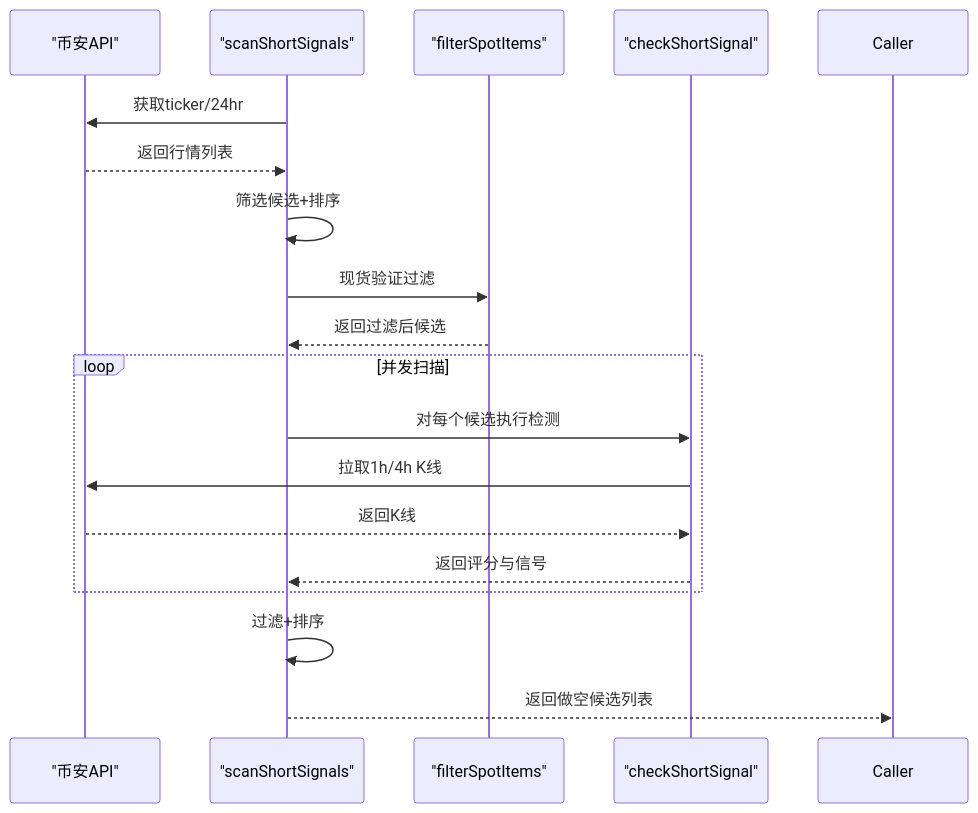
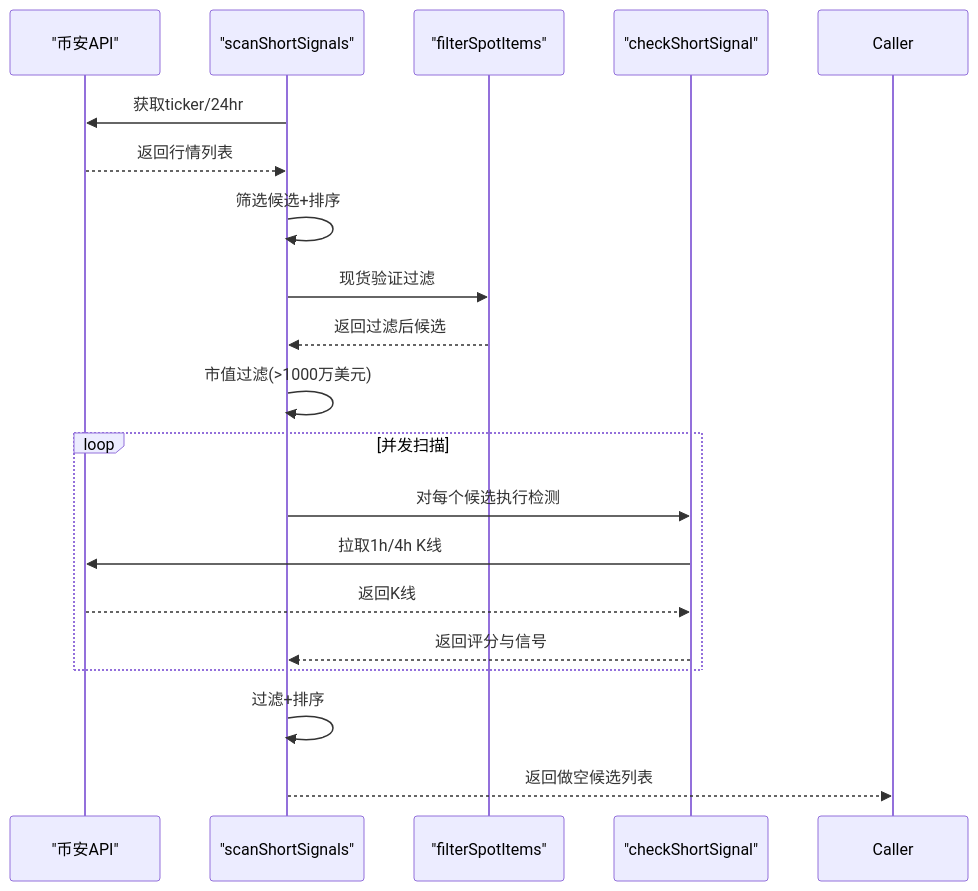
Before and after one commit to kekexilinan/BinaceSmart: the fifth of 6 diagrams in .qoder/repowiki/zh/content/核心功能模块/做空信号检测.md, drawn with Mermaid. The commit also changed other lines of this file and 56 other files, not shown here.

````diff
--- a/.qoder/repowiki/zh/content/核心功能模块/做空信号检测.md
+++ b/.qoder/repowiki/zh/content/核心功能模块/做空信号检测.md
@@ -238,20 +238,21 @@
 ```mermaid
 sequenceDiagram
 participant API as "币安API"
 participant Scan as "scanShortSignals"
 participant Spot as "filterSpotItems"
 participant Check as "checkShortSignal"
 Scan->>API : 获取ticker/24hr
 API-->>Scan : 返回行情列表
 Scan->>Scan : 筛选候选+排序
 Scan->>Spot : 现货验证过滤
 Spot-->>Scan : 返回过滤后候选
+Scan->>Scan : 市值过滤(>1000万美元)
 loop 并发扫描
 Scan->>Check : 对每个候选执行检测
 Check->>API : 拉取1h/4h K线
 API-->>Check : 返回K线
 Check-->>Scan : 返回评分与信号
 end
 Scan->>Scan : 过滤+排序
 Scan-->>Caller : 返回做空候选列表
 ```
````
